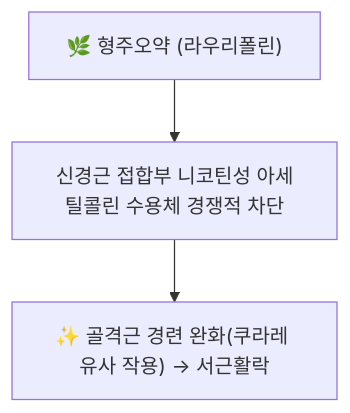
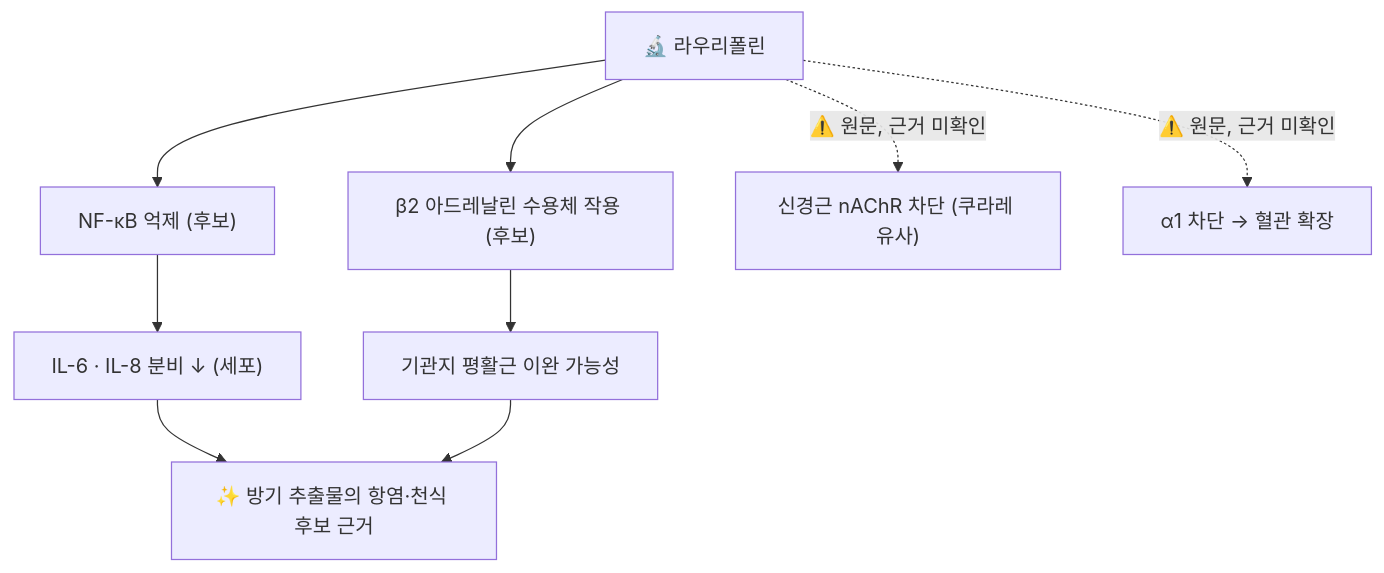
One commit to simbio11/simbio-digital-garden2 changed the diagram in content/2. 약리 공부/약리성분/01_알칼로이드/라우리폴린.md. Above: the diagram before and after it, drawn with Mermaid. The commit also changed other lines of this file and 830 other files, not shown here.

````diff
--- a/content/2. 약리 공부/약리성분/01_알칼로이드/라우리폴린.md
+++ b/content/2. 약리 공부/약리성분/01_알칼로이드/라우리폴린.md
@@ -67,5 +100,11 @@
 ```mermaid
 graph TD
-    Herb["🌿 형주오약 (라우리폴린)"] --> NMJ["신경근 접합부 니코틴성 아세틸콜린 수용체 경쟁적 차단"]
-    NMJ --> Outcome["✨ 골격근 경련 완화(쿠라레 유사 작용) → 서근활락"]
+    L["🔬 라우리폴린"] --> NFkB["NF-κB 억제 (후보)"]
+    NFkB --> Cyt["IL-6 · IL-8 분비 ↓ (세포)"]
+    L --> B2["β2 아드레날린 수용체 작용 (후보)"]
+    B2 --> Br["기관지 평활근 이완 가능성"]
+    L -.->|"⚠️ 원문, 근거 미확인"| NMJ["신경근 nAChR 차단 (쿠라레 유사)"]
+    L -.->|"⚠️ 원문, 근거 미확인"| A1["α1 차단 → 혈관 확장"]
+    Cyt --> O["✨ 방기 추출물의 항염·천식 후보 근거"]
+    Br --> O
 ```
````
